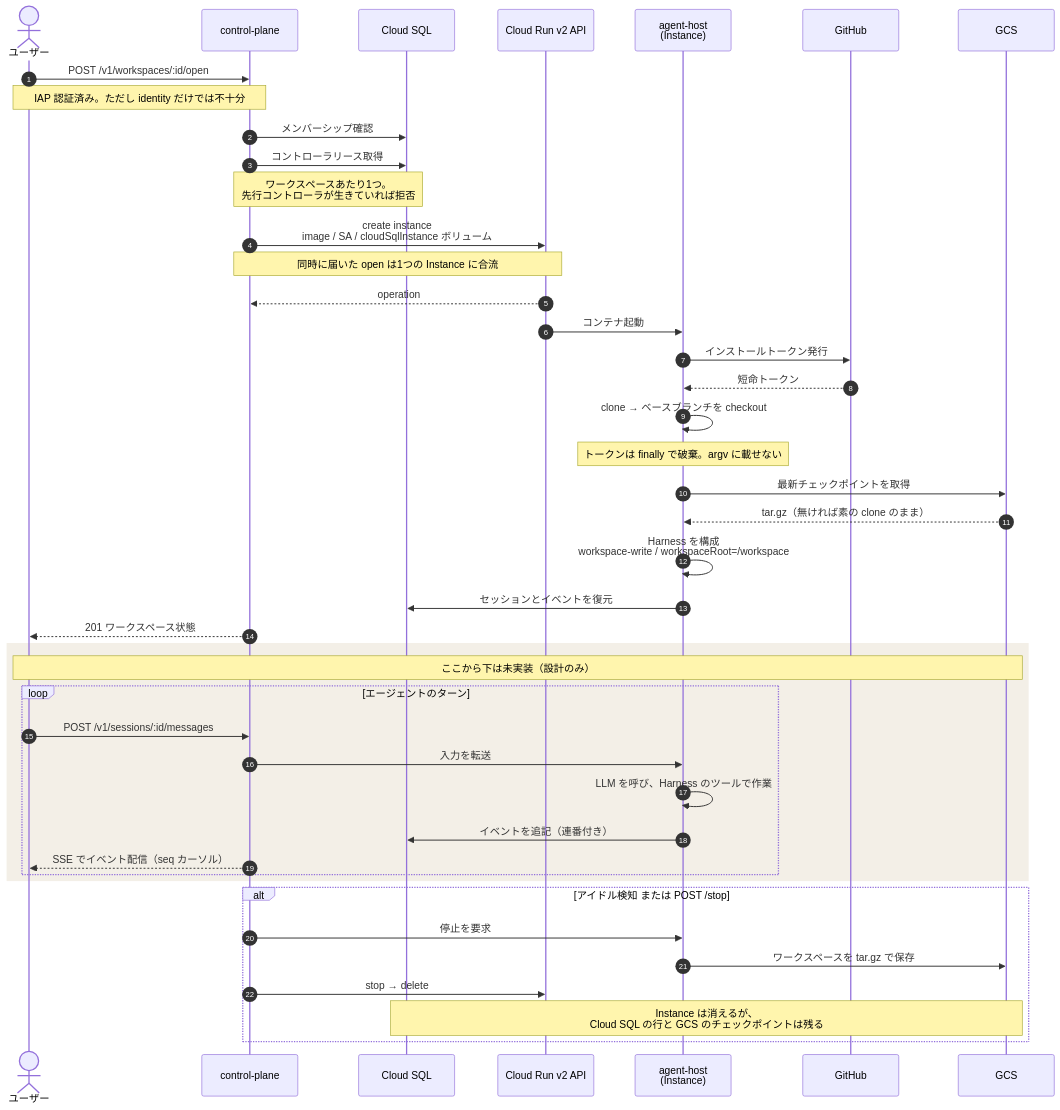
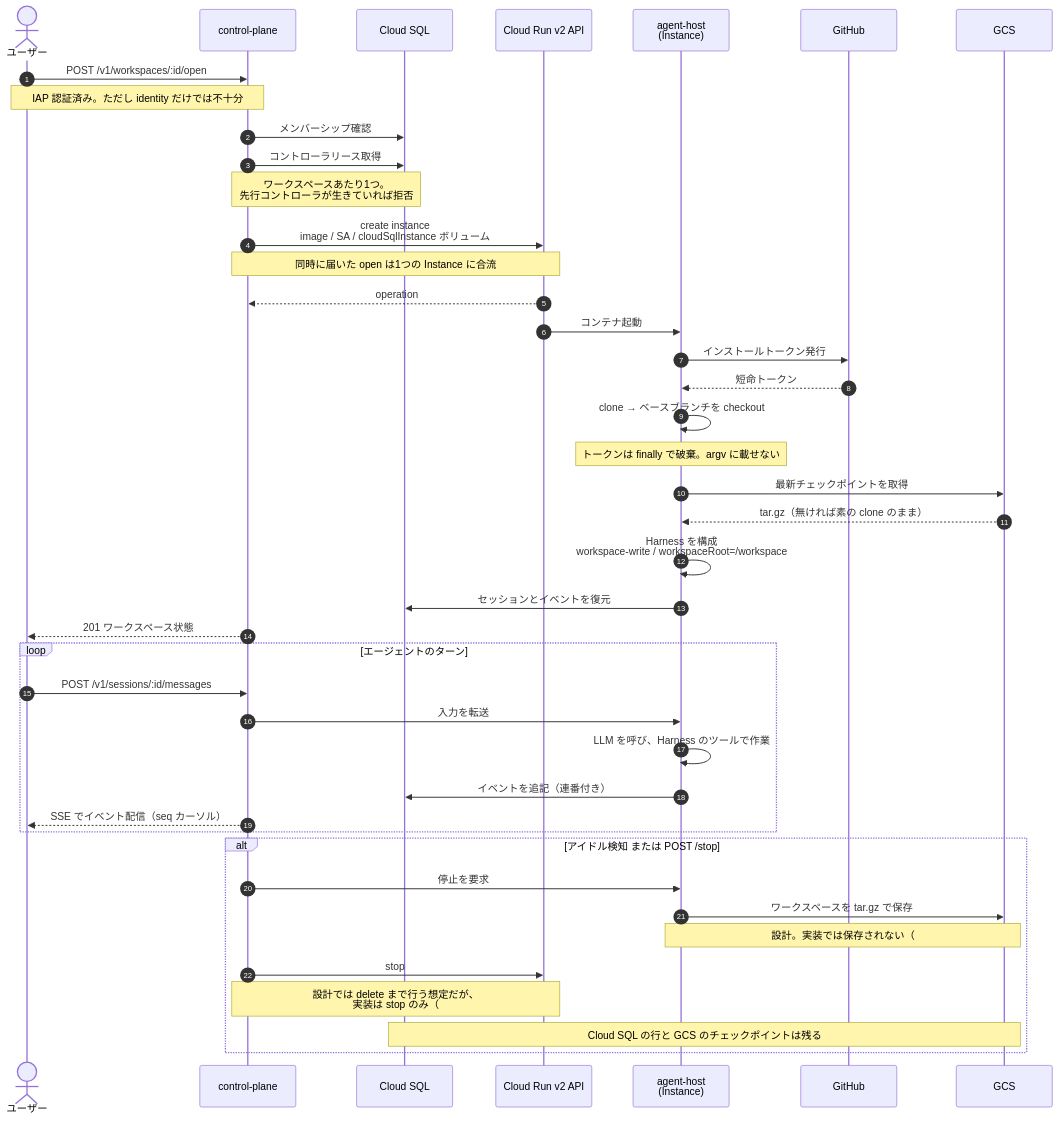
The second of 2 diagrams in docs/architecture.md (mpppk/cloud-run-dsh), drawn with Mermaid before and after one commit. The commit also changed other lines of this file and 3 other files, not shown here.

````diff
--- a/docs/architecture.md
+++ b/docs/architecture.md
@@ -94,50 +100,49 @@
 ```mermaid
 sequenceDiagram
   autonumber
   actor U as ユーザー
   participant CP as control-plane
   participant DB as Cloud SQL
   participant RUN as Cloud Run v2 API
   participant AH as agent-host<br/>(Instance)
   participant GH as GitHub
   participant GCS as GCS
 
   U->>CP: POST /v1/workspaces/:id/open
   Note over U,CP: IAP 認証済み。ただし identity だけでは不十分
   CP->>DB: メンバーシップ確認
   CP->>DB: コントローラリース取得
   Note over CP,DB: ワークスペースあたり1つ。<br/>先行コントローラが生きていれば拒否
 
   CP->>RUN: create instance<br/>image / SA / cloudSqlInstance ボリューム
   Note over CP,RUN: 同時に届いた open は1つの Instance に合流
   RUN-->>CP: operation
   RUN->>AH: コンテナ起動
 
   AH->>GH: インストールトークン発行
   GH-->>AH: 短命トークン
   AH->>AH: clone → ベースブランチを checkout
   Note over AH: トークンは finally で破棄。argv に載せない
   AH->>GCS: 最新チェックポイントを取得
   GCS-->>AH: tar.gz（無ければ素の clone のまま）
   AH->>AH: Harness を構成<br/>workspace-write / workspaceRoot=/workspace
   AH->>DB: セッションとイベントを復元
   CP-->>U: 201 ワークスペース状態
 
-  rect rgba(138,101,22,0.10)
-  Note over U,GCS: ここから下は未実装（設計のみ）
   loop エージェントのターン
     U->>CP: POST /v1/sessions/:id/messages
     CP->>AH: 入力を転送
     AH->>AH: LLM を呼び、Harness のツールで作業
     AH->>DB: イベントを追記（連番付き）
     CP-->>U: SSE でイベント配信（seq カーソル）
   end
-  end
 
   alt アイドル検知 または POST /stop
     CP->>AH: 停止を要求
     AH->>GCS: ワークスペースを tar.gz で保存
-    CP->>RUN: stop → delete
-    Note over DB,GCS: Instance は消えるが、<br/>Cloud SQL の行と GCS のチェックポイントは残る
+    Note over AH,GCS: 設計。実装では保存されない（#72）
+    CP->>RUN: stop
+    Note over CP,RUN: 設計では delete まで行う想定だが、<br/>実装は stop のみ（#72）
+    Note over DB,GCS: Cloud SQL の行と GCS のチェックポイントは残る
   end
 ```
````
